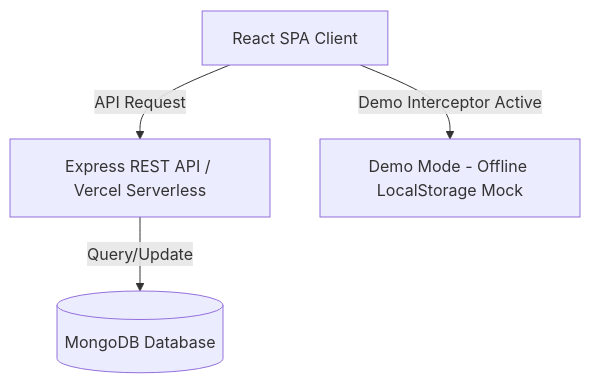
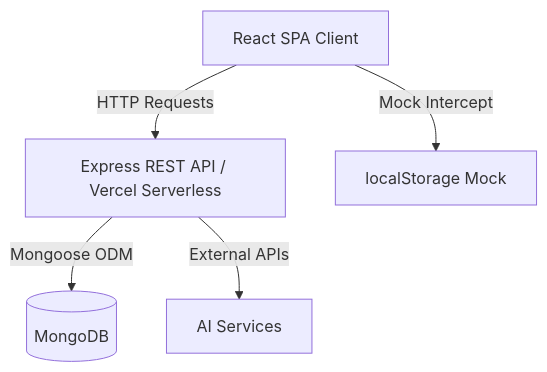
One commit to abhi-vyakti/Retrieval-Co. changed the first of 7 diagrams in README.md. Above: the diagram before and after it, drawn with Mermaid. The commit also changed other lines of this file, not shown here.

````diff
--- a/README.md
+++ b/README.md
@@ -26,6 +60,7 @@
 ```mermaid
 graph TD
-    A[React SPA Client] -->|API Request| B[Express REST API / Vercel Serverless]
-    B -->|Query/Update| C[(MongoDB Database)]
-    A -->|Demo Interceptor Active| E[Demo Mode - Offline LocalStorage Mock]
+    Client[React SPA Client] -->|HTTP Requests| API[Express REST API / Vercel Serverless]
+    API -->|Mongoose ODM| DB[(MongoDB)]
+    Client -->|Mock Intercept| Storage[localStorage Mock]
+    API -->|External APIs| AI[AI Services]
 ```
````
